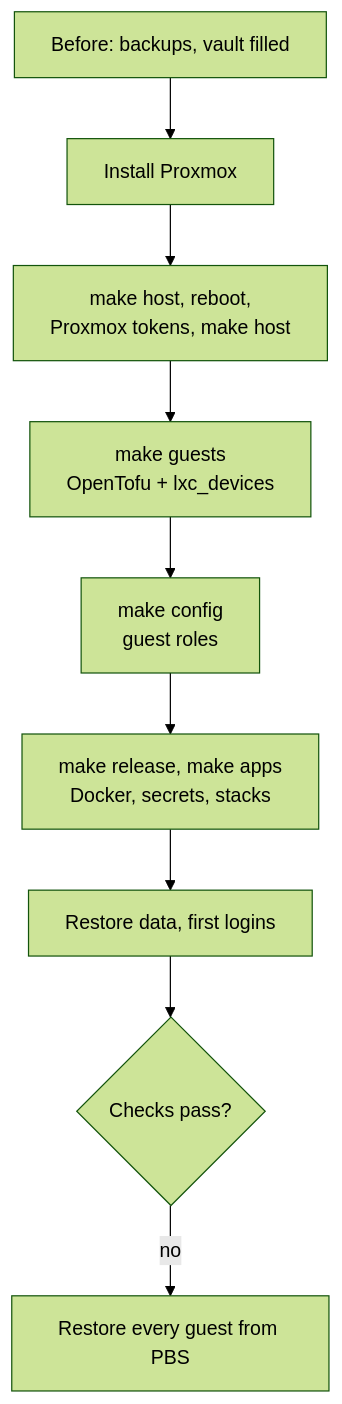
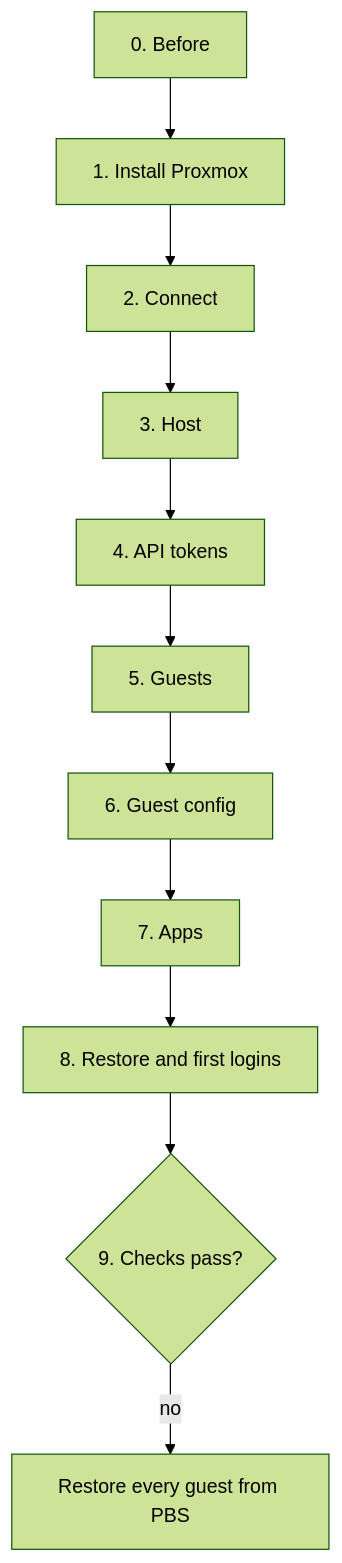
Before and after one commit to atahan99/proxmox-infra-iac: the diagram in docs/runbooks/install.md, drawn with Mermaid (forest theme). The commit also changed other lines of this file and 3 other files, not shown here.

````diff
--- a/docs/runbooks/install.md
+++ b/docs/runbooks/install.md
@@ -6,11 +6,8 @@
 ```mermaid
 flowchart TD
-  P["Before: backups, vault filled"] --> I["Install Proxmox"]
-  I --> H["make host, reboot,<br/>Proxmox tokens, make host"]
-  H --> G["make guests<br/>OpenTofu + lxc_devices"]
-  G --> C["make config<br/>guest roles"]
-  C --> A["make release, make apps<br/>Docker, secrets, stacks"]
-  A --> R["Restore data, first logins"]
-  R --> V{"Checks pass?"}
+  P["0. Before"] --> I["1. Install Proxmox"]
+  I --> C["2. Connect"] --> H["3. Host"] --> T["4. API tokens"]
+  T --> G["5. Guests"] --> CF["6. Guest config"] --> A["7. Apps"]
+  A --> R["8. Restore and first logins"] --> V{"9. Checks pass?"}
   V -- "no" --> PBS["Restore every guest from PBS"]
 ```
````
